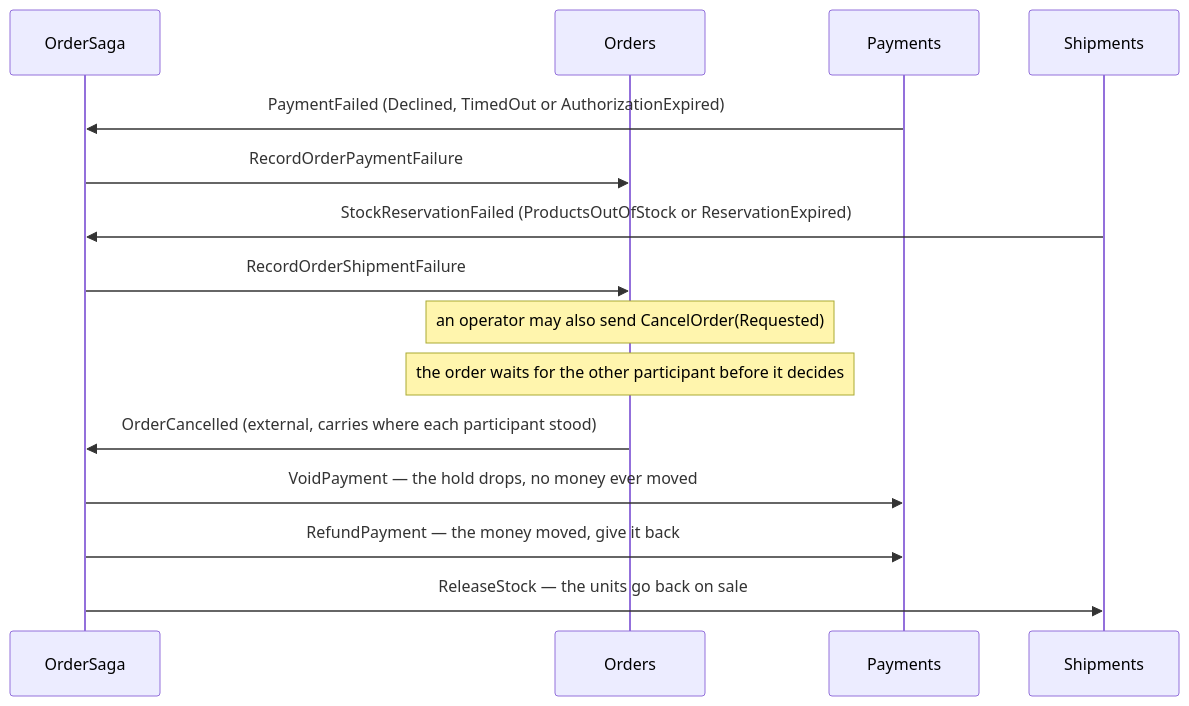
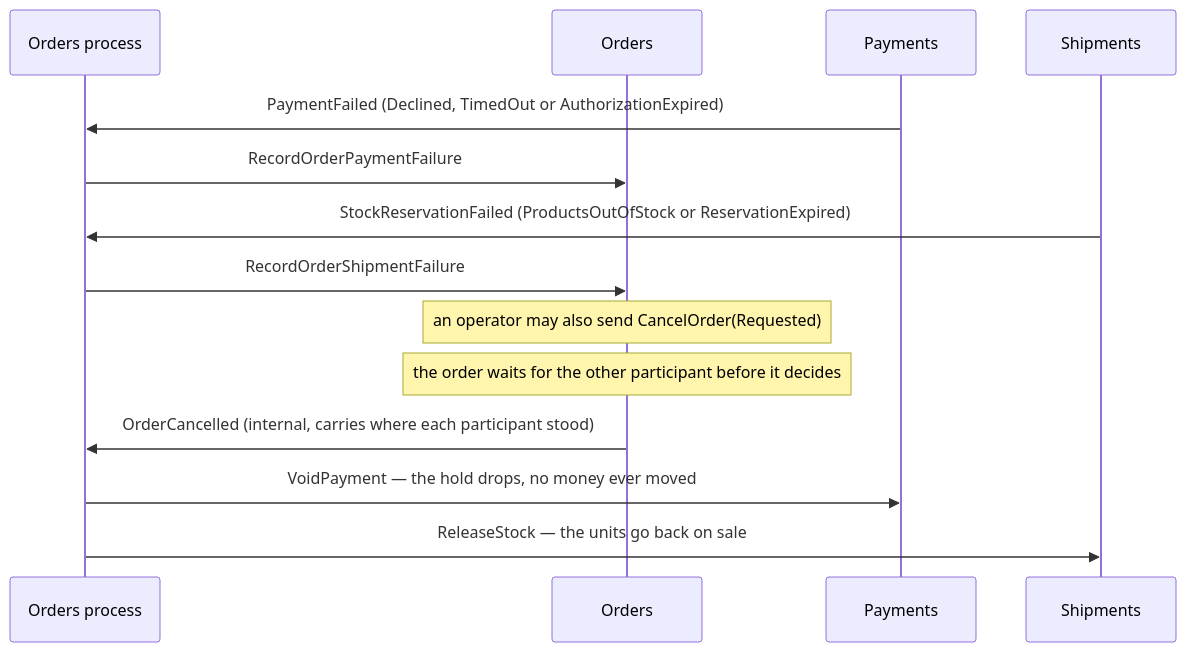
The fourth of 4 diagrams in samples/distributed-processes/README.md (oskardudycz/EventSourcing.JVM), drawn with Mermaid before and after one commit. The commit also changed other lines of this file and 122 other files, not shown here.

First line of the commit message:
Made external events and e-commerce flow more realistic

````diff
--- a/samples/distributed-processes/README.md
+++ b/samples/distributed-processes/README.md
@@ -293,18 +298,17 @@
 ```mermaid
 sequenceDiagram
-    participant Saga as OrderSaga
+    participant Process as Orders process
     participant Order as Orders
     participant Pay as Payments
     participant Ship as Shipments
 
-    Pay->>Saga: PaymentFailed (Declined, TimedOut or AuthorizationExpired)
-    Saga->>Order: RecordOrderPaymentFailure
-    Ship->>Saga: StockReservationFailed (ProductsOutOfStock or ReservationExpired)
-    Saga->>Order: RecordOrderShipmentFailure
+    Pay->>Process: PaymentFailed (Declined, TimedOut or AuthorizationExpired)
+    Process->>Order: RecordOrderPaymentFailure
+    Ship->>Process: StockReservationFailed (ProductsOutOfStock or ReservationExpired)
+    Process->>Order: RecordOrderShipmentFailure
     Note over Order: an operator may also send CancelOrder(Requested)
     Note over Order: the order waits for the other participant before it decides
-    Order->>Saga: OrderCancelled (external, carries where each participant stood)
-    Saga->>Pay: VoidPayment — the hold drops, no money ever moved
-    Saga->>Pay: RefundPayment — the money moved, give it back
-    Saga->>Ship: ReleaseStock — the units go back on sale
+    Order->>Process: OrderCancelled (internal, carries where each participant stood)
+    Process->>Pay: VoidPayment — the hold drops, no money ever moved
+    Process->>Ship: ReleaseStock — the units go back on sale
 ```
````
